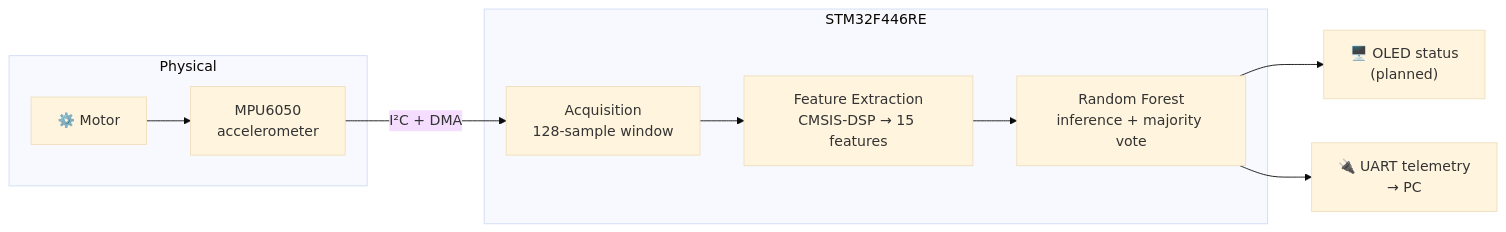
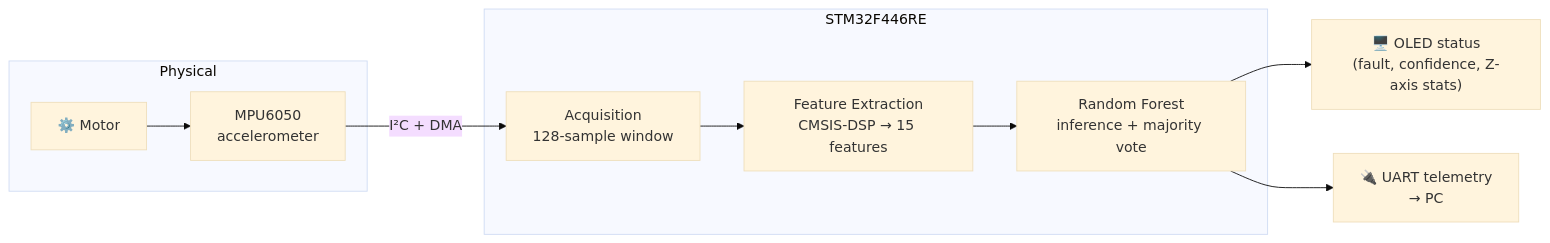
The first of 4 diagrams in README.md (Shaurya-singh21/TinyML-Motor-Fault-Detection-Predictive-Maintenance), drawn with Mermaid (base theme) before and after one commit. The commit also changed other lines of this file, not shown here.

````diff
--- a/README.md
+++ b/README.md
@@ -68,13 +70,13 @@
 ```mermaid
 flowchart LR
     subgraph PHYS["Physical"]
         M["⚙️ Motor"] --> S["MPU6050<br/>accelerometer"]
     end
     subgraph MCU["STM32F446RE"]
         S -->|"I²C + DMA"| ACQ["Acquisition<br/>128-sample window"]
         ACQ --> FE["Feature Extraction<br/>CMSIS-DSP → 15 features"]
         FE --> INF["Random Forest<br/>inference + majority vote"]
     end
-    INF --> OLED["🖥️ OLED status<br/>(planned)"]
+    INF --> OLED["🖥️ OLED status<br/>(fault, confidence, Z-axis stats)"]
     INF --> UART["🔌 UART telemetry<br/>→ PC"]
 ```
````
